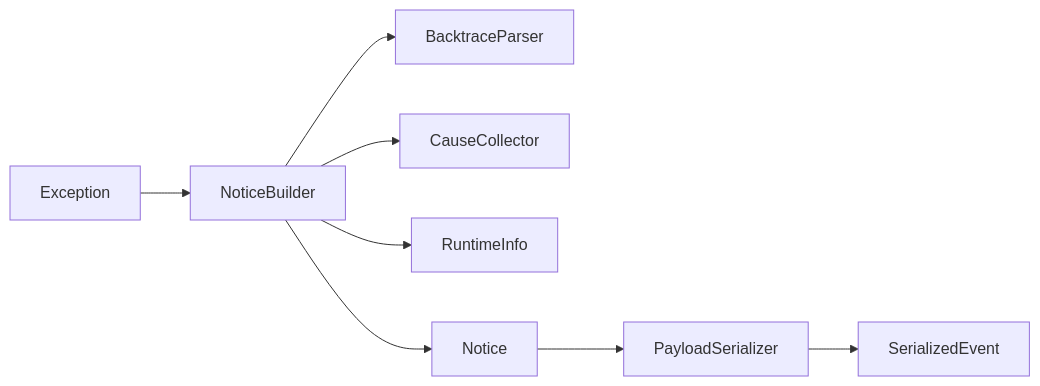
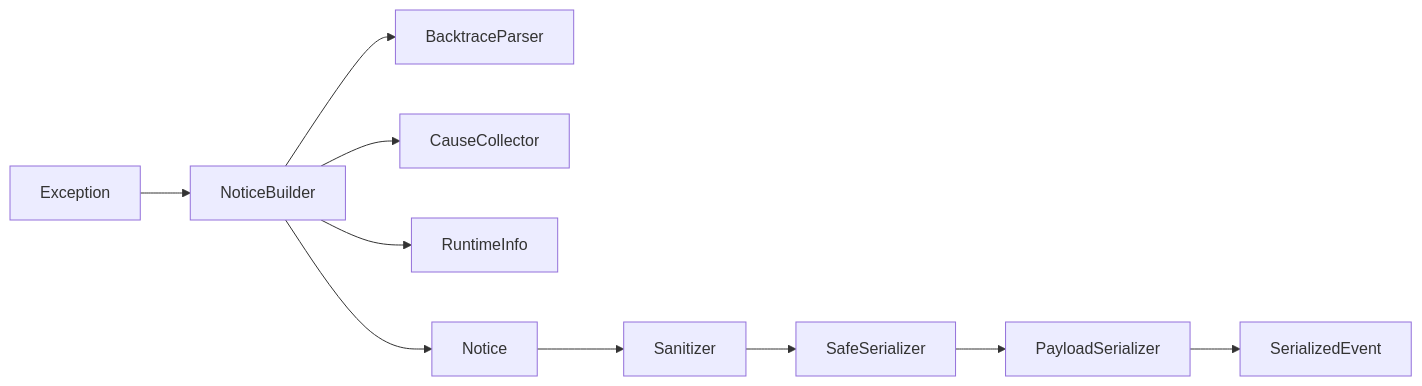
The diagram in docs/modules/notice-pipeline.md (antoniojefferson/chronos-ruby), drawn with Mermaid before and after one commit. The commit also changed other lines of this file and 45 other files, not shown here.

````diff
--- a/docs/modules/notice-pipeline.md
+++ b/docs/modules/notice-pipeline.md
@@ -5,10 +5,12 @@
 ```mermaid
 flowchart LR
   Exception --> NoticeBuilder
   NoticeBuilder --> BacktraceParser
   NoticeBuilder --> CauseCollector
   NoticeBuilder --> RuntimeInfo
   NoticeBuilder --> Notice
-  Notice --> PayloadSerializer
+  Notice --> Sanitizer
+  Sanitizer --> SafeSerializer
+  SafeSerializer --> PayloadSerializer
   PayloadSerializer --> SerializedEvent
 ```
````
